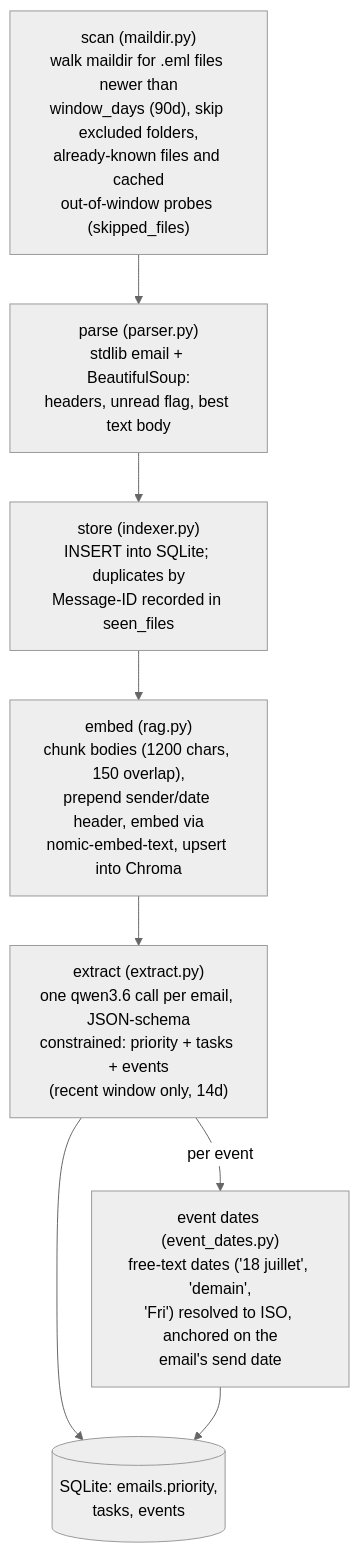
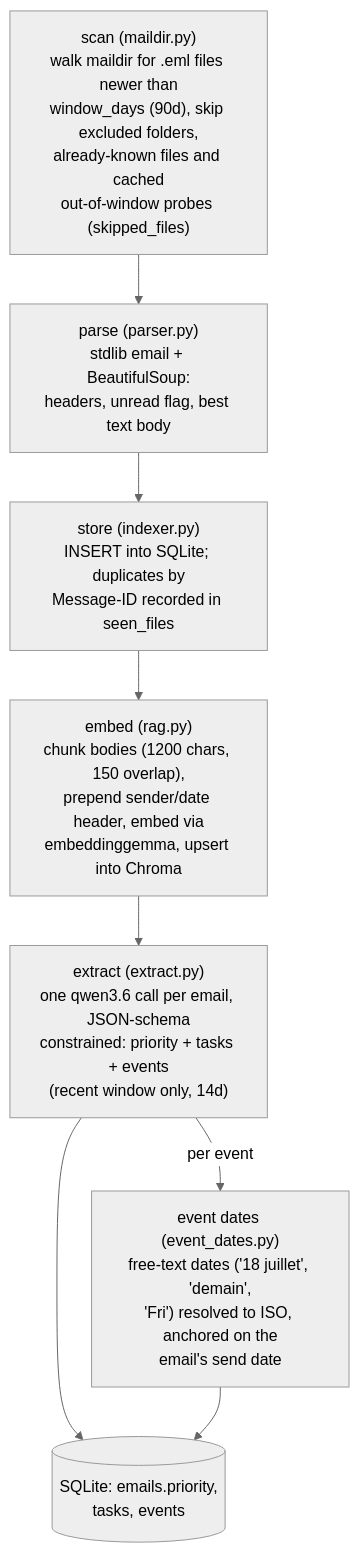
Before and after one commit to elthommy/local-inbox-assistant: the second of 3 diagrams in docs/ARCHITECTURE.md, drawn with Mermaid (neutral theme). The commit also changed other lines of this file and 12 other files, not shown here.

````diff
--- a/docs/ARCHITECTURE.md
+++ b/docs/ARCHITECTURE.md
@@ -64,15 +64,15 @@
 ```mermaid
 flowchart TD
     A["scan (maildir.py)<br>walk maildir for .eml files newer than<br>window_days (90d), skip excluded folders,<br>already-known files and cached<br>out-of-window probes (skipped_files)"]
     B["parse (parser.py)<br>stdlib email + BeautifulSoup:<br>headers, unread flag, best text body"]
     C["store (indexer.py)<br>INSERT into SQLite; duplicates by<br>Message-ID recorded in seen_files"]
-    D["embed (rag.py)<br>chunk bodies (1200 chars, 150 overlap),<br>prepend sender/date header, embed via<br>nomic-embed-text, upsert into Chroma"]
+    D["embed (rag.py)<br>chunk bodies (1200 chars, 150 overlap),<br>prepend sender/date header, embed via<br>embeddinggemma, upsert into Chroma"]
     E["extract (extract.py)<br>one qwen3.6 call per email, JSON-schema<br>constrained: priority + tasks + events<br>(recent window only, 14d)"]
     F["event dates (event_dates.py)<br>free-text dates ('18 juillet', 'demain',<br>'Fri') resolved to ISO, anchored on the<br>email's send date"]
     G[("SQLite: emails.priority,<br>tasks, events")]
 
     A --> B --> C --> D --> E
     E -->|"per event"| F
     E --> G
     F --> G
 ```
````
